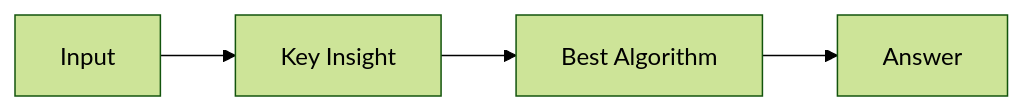
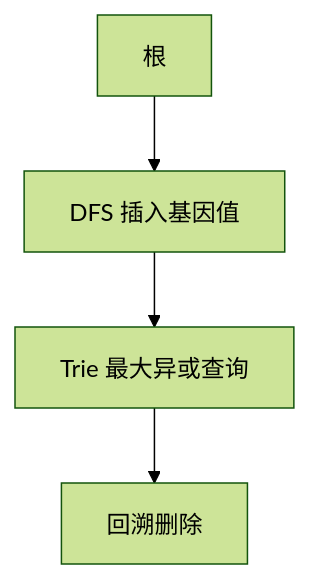
Before and after one commit to yuxuanzhouo3/Interview: the diagram in CodePractice/LeetCodeHard/Problem/1900-1999/1938.maximum-genetic-difference-query.md, drawn with Mermaid (forest theme). The commit also changed other lines of this file and 1457 other files, not shown here.

````diff
--- a/CodePractice/LeetCodeHard/Problem/1900-1999/1938.maximum-genetic-difference-query.md
+++ b/CodePractice/LeetCodeHard/Problem/1900-1999/1938.maximum-genetic-difference-query.md
@@ -15,6 +15,6 @@
 ```mermaid
-flowchart LR
-  A[Input] --> B[Key Insight]
-  B --> C[Best Algorithm]
-  C --> D[Answer]
+flowchart TB
+  R[根] --> DFS[DFS 插入基因值]
+  DFS --> Q[Trie 最大异或查询]
+  Q --> B[回溯删除]
 ```
````
